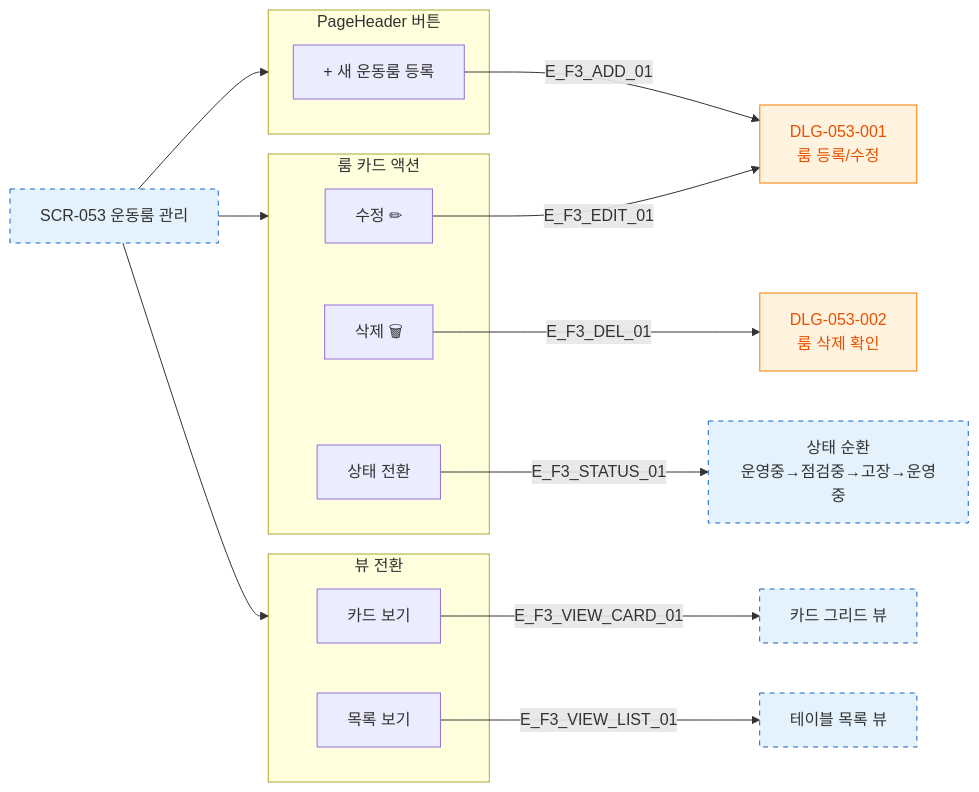
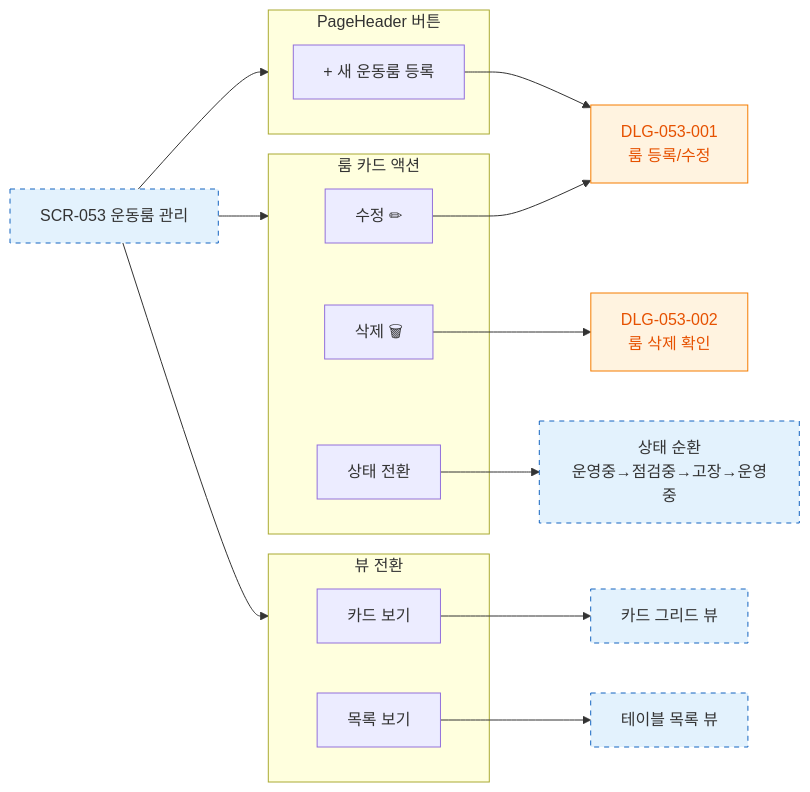
One commit to dev-spogym/admin-pando changed the diagram in docs/다이어그램/D06_시설관리/SCR-053_운동룸관리/F3_버튼액션.md. Above: the diagram before and after it, drawn with Mermaid. The commit also changed other lines of this file and 1660 other files, not shown here.

First line of the commit message:
다이어그램: 기획자/클라이언트 납품본으로 정리

````diff
--- a/docs/다이어그램/D06_시설관리/SCR-053_운동룸관리/F3_버튼액션.md
+++ b/docs/다이어그램/D06_시설관리/SCR-053_운동룸관리/F3_버튼액션.md
@@ -16,36 +14,36 @@
 ```mermaid
 flowchart LR
     SCR_053[SCR-053 운동룸 관리]
 
     subgraph HeaderBtns["PageHeader 버튼"]
         BTN_ADD[+ 새 운동룸 등록]
     end
 
     subgraph CardBtns["룸 카드 액션"]
         BTN_EDIT[수정 ✏]
         BTN_DEL[삭제 🗑]
         BTN_STATUS[상태 전환]
     end
 
     subgraph ViewBtns["뷰 전환"]
         BTN_CARD[카드 보기]
         BTN_LIST[목록 보기]
     end
 
     SCR_053 --> HeaderBtns
     SCR_053 --> CardBtns
     SCR_053 --> ViewBtns
 
-    BTN_ADD -->|E_F3_ADD_01| DLG001[DLG-053-001\n룸 등록/수정]
-    BTN_EDIT -->|E_F3_EDIT_01| DLG001
-    BTN_DEL -->|E_F3_DEL_01| DLG002[DLG-053-002\n룸 삭제 확인]
-    BTN_STATUS -->|E_F3_STATUS_01| StatusToggle[상태 순환\n운영중→점검중→고장→운영중]
-    BTN_CARD -->|E_F3_VIEW_CARD_01| CardView[카드 그리드 뷰]
-    BTN_LIST -->|E_F3_VIEW_LIST_01| ListView[테이블 목록 뷰]
+    BTN_ADD --> DLG001[DLG-053-001\n룸 등록/수정]
+    BTN_EDIT --> DLG001
+    BTN_DEL --> DLG002[DLG-053-002\n룸 삭제 확인]
+    BTN_STATUS --> StatusToggle[상태 순환\n운영중→점검중→고장→운영중]
+    BTN_CARD --> CardView[카드 그리드 뷰]
+    BTN_LIST --> ListView[테이블 목록 뷰]
 
     classDef screen fill:#E3F2FD,stroke:#1565C0,stroke-dasharray:5 5
     classDef modal fill:#FFF3E0,stroke:#F57C00,color:#E65100
     classDef system fill:#EDE7F6,stroke:#5E35B2
     class SCR_053,CardView,ListView,StatusToggle screen
     class DLG001,DLG002 modal
 ```
````
